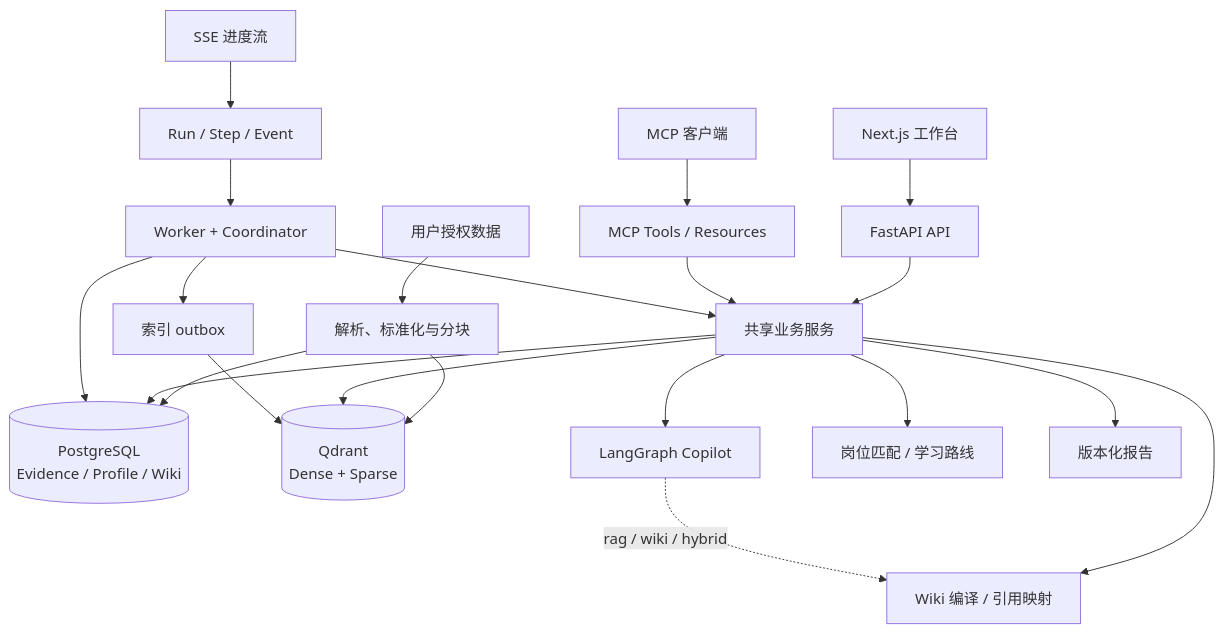
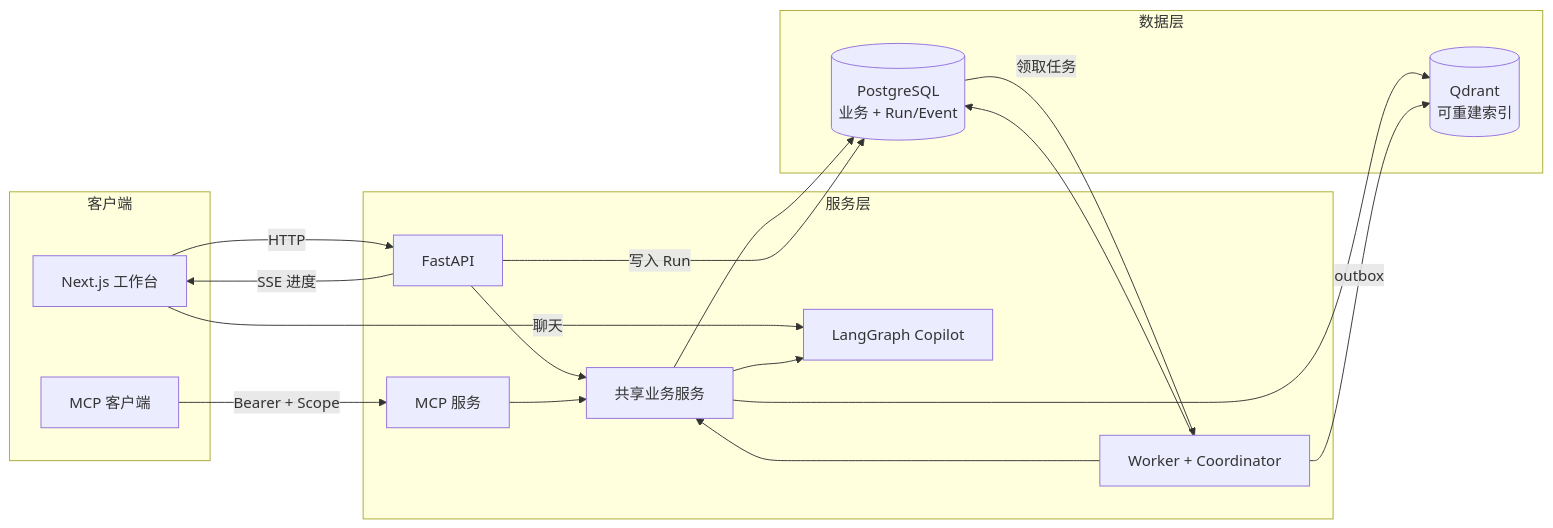
One commit to wenmo-yu/careerlens changed the second of 2 diagrams in README.md. Above: the diagram before and after it, drawn with Mermaid. The commit also changed other lines of this file and 15 other files, not shown here.

````diff
--- a/README.md
+++ b/README.md
@@ -96,20 +101,32 @@
 ```mermaid
-flowchart TD
-    U[用户授权数据] --> I[解析、标准化与分块]
-    I --> E[(PostgreSQL<br/>Evidence / Profile / Wiki)]
-    I --> Q[(Qdrant<br/>Dense + Sparse)]
-    W[Next.js 工作台] --> A[FastAPI API]
-    C[MCP 客户端] --> M[MCP Tools / Resources]
-    A --> S[共享业务服务]
-    M --> S
-    S --> E & Q
-    S --> G[LangGraph Copilot]
-    S --> J[岗位匹配 / 学习路线]
-    S --> R[版本化报告]
-    S --> K[Wiki 编译 / 引用映射]
-    G -.rag / wiki / hybrid.-> K
-    B[Run / Step / Event] --> WK[Worker + Coordinator]
-    WK --> S & E
-    WK --> OX[索引 outbox] --> Q
-    SSE[SSE 进度流] --> B
+flowchart LR
+  subgraph Clients[客户端]
+    W[Next.js 工作台]
+    MC[MCP 客户端]
+  end
+  subgraph Services[服务层]
+    A[FastAPI]
+    M[MCP 服务]
+    S[共享业务服务]
+    WK[Worker + Coordinator]
+    G[LangGraph Copilot]
+  end
+  subgraph Data[数据层]
+    P[(PostgreSQL<br/>业务 + Run/Event)]
+    Q[(Qdrant<br/>可重建索引)]
+  end
+  W -->|HTTP| A
+  A -->|SSE 进度| W
+  W -->|聊天| G
+  MC -->|Bearer + Scope| M
+  A --> S
+  M --> S
+  S --> G
+  S --> P
+  S --> Q
+  A -->|写入 Run| P
+  P -->|领取任务| WK
+  WK --> S
+  WK --> P
+  WK -->|outbox| Q
 ```
````
